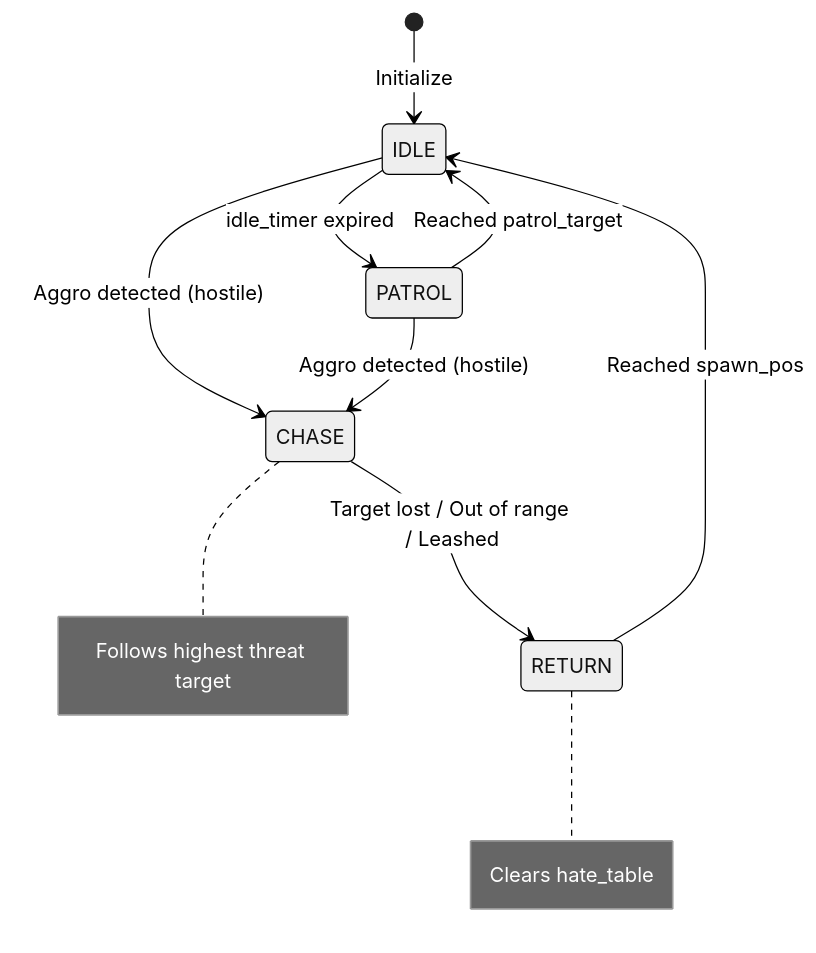
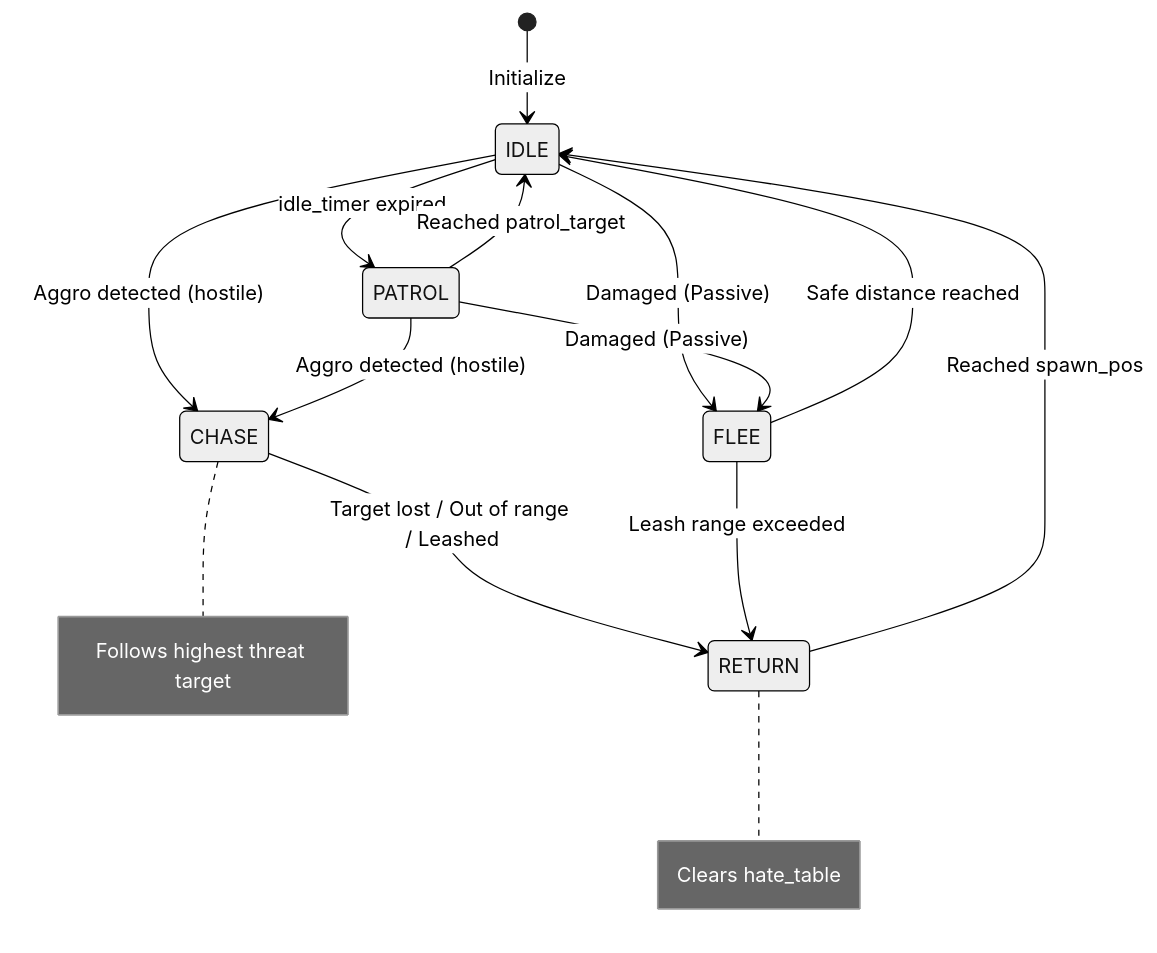
The diagram in docs/mob_ai_system.md (cuongph-dev-work/mmo-rpg-game), drawn with Mermaid (neutral theme) before and after one commit. The commit also changed other lines of this file and 99 other files, not shown here.

````diff
--- a/docs/mob_ai_system.md
+++ b/docs/mob_ai_system.md
@@ -98,13 +112,19 @@
 ```mermaid
 stateDiagram-v2
     [*] --> IDLE: Initialize
     IDLE --> PATROL: idle_timer expired
     PATROL --> IDLE: Reached patrol_target
     IDLE --> CHASE: Aggro detected (hostile)
     PATROL --> CHASE: Aggro detected (hostile)
     CHASE --> RETURN: Target lost / Out of range / Leashed
+    
+    IDLE --> FLEE: Damaged (Passive)
+    PATROL --> FLEE: Damaged (Passive)
+    FLEE --> IDLE: Safe distance reached
+    FLEE --> RETURN: Leash range exceeded
+
     RETURN --> IDLE: Reached spawn_pos
     
     note right of RETURN: Clears hate_table
     note right of CHASE: Follows highest threat target
 ```
````
